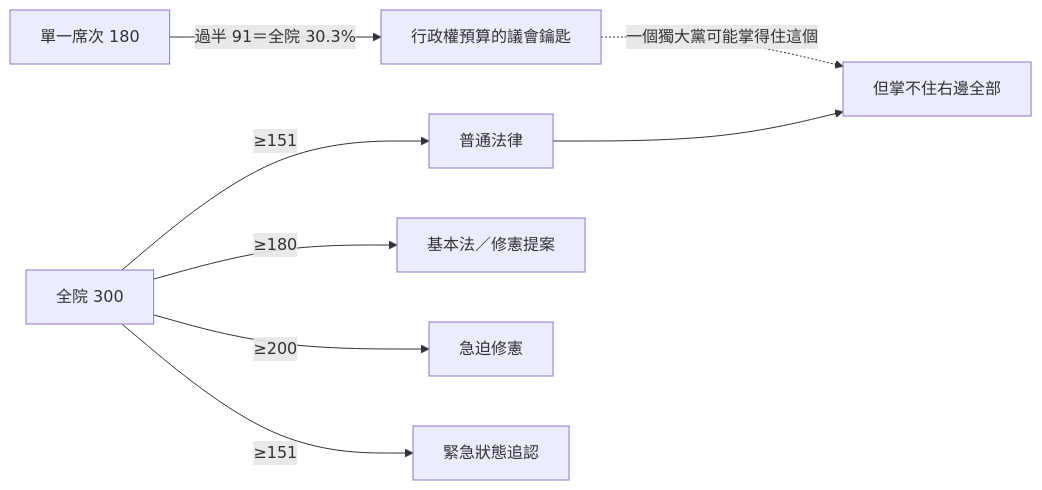
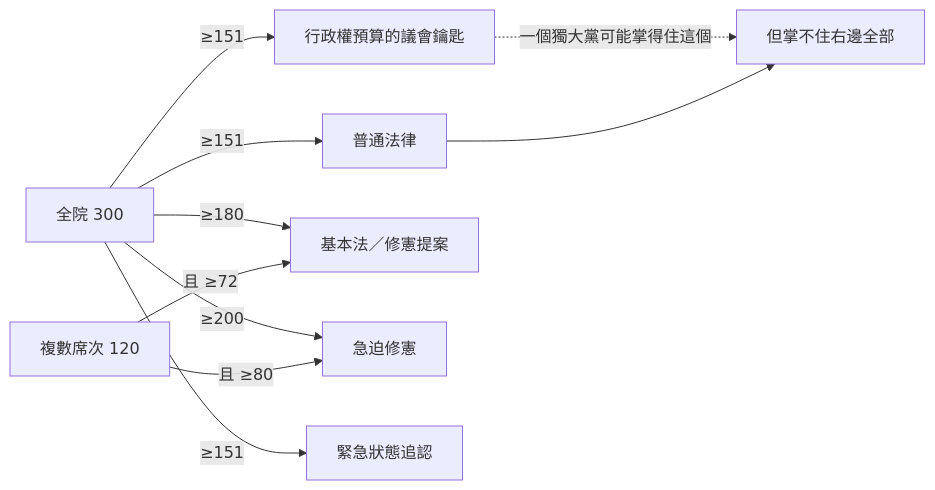
Before and after one commit to IRonROOT578/Political-Economy-Research-Public: diagram 11 of 13 in topics/regime-designs/designs/俄羅斯/一院總統制/憲政架構圖.md, drawn with Mermaid. The commit also changed other lines of this file and 241 other files, not shown here.

````diff
--- a/topics/regime-designs/designs/俄羅斯/一院總統制/憲政架構圖.md
+++ b/topics/regime-designs/designs/俄羅斯/一院總統制/憲政架構圖.md
@@ -145,10 +145,12 @@
 ```mermaid
 flowchart LR
-  SMD[單一席次 180] -->|過半 91＝全院 30.3%| Money[行政權預算的議會鑰匙]
-  All[全院 300] -->|≥151| LawT[普通法律]
+  All[全院 300] -->|≥151| Money[行政權預算的議會鑰匙]
+  All -->|≥151| LawT[普通法律]
   All -->|≥180| Basic[基本法／修憲提案]
+  PR[複數席次 120] -->|且 ≥72| Basic
   All -->|≥200| Urgent[急迫修憲]
+  PR -->|且 ≥80| Urgent
   All -->|≥151| Emerg[緊急狀態追認]
   Money -.->|一個獨大黨可能掌得住這個| Note[但掌不住右邊全部]
   LawT --> Note
 ```
````
